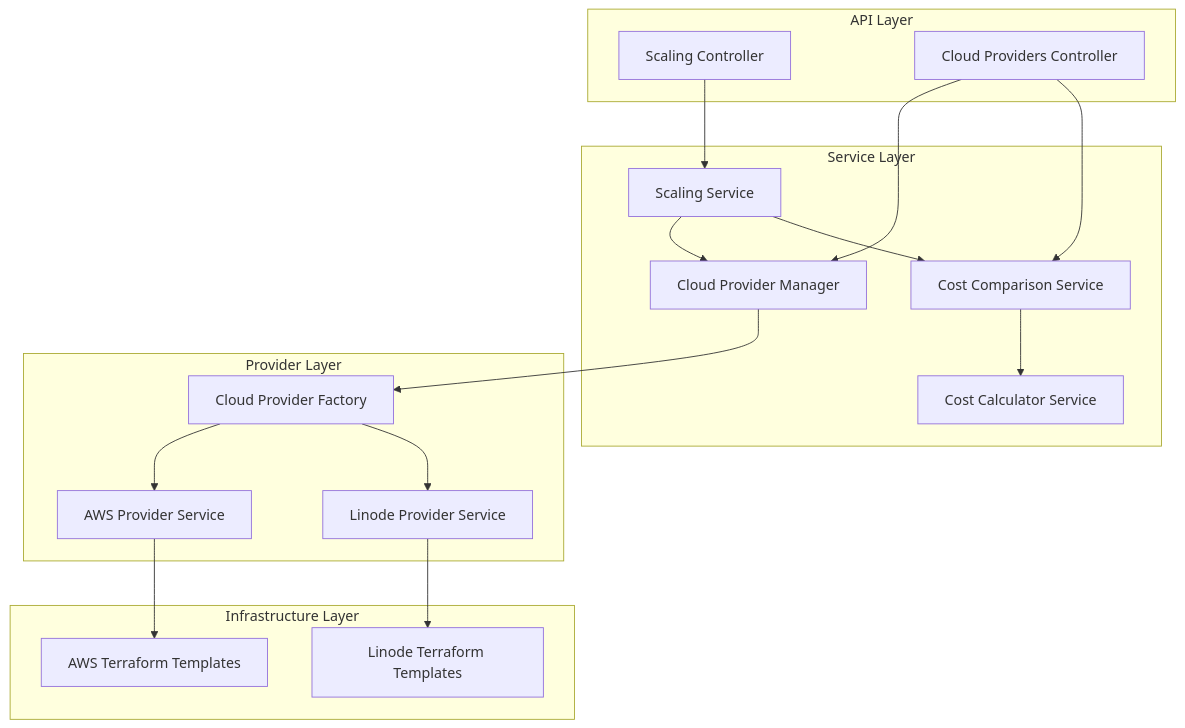
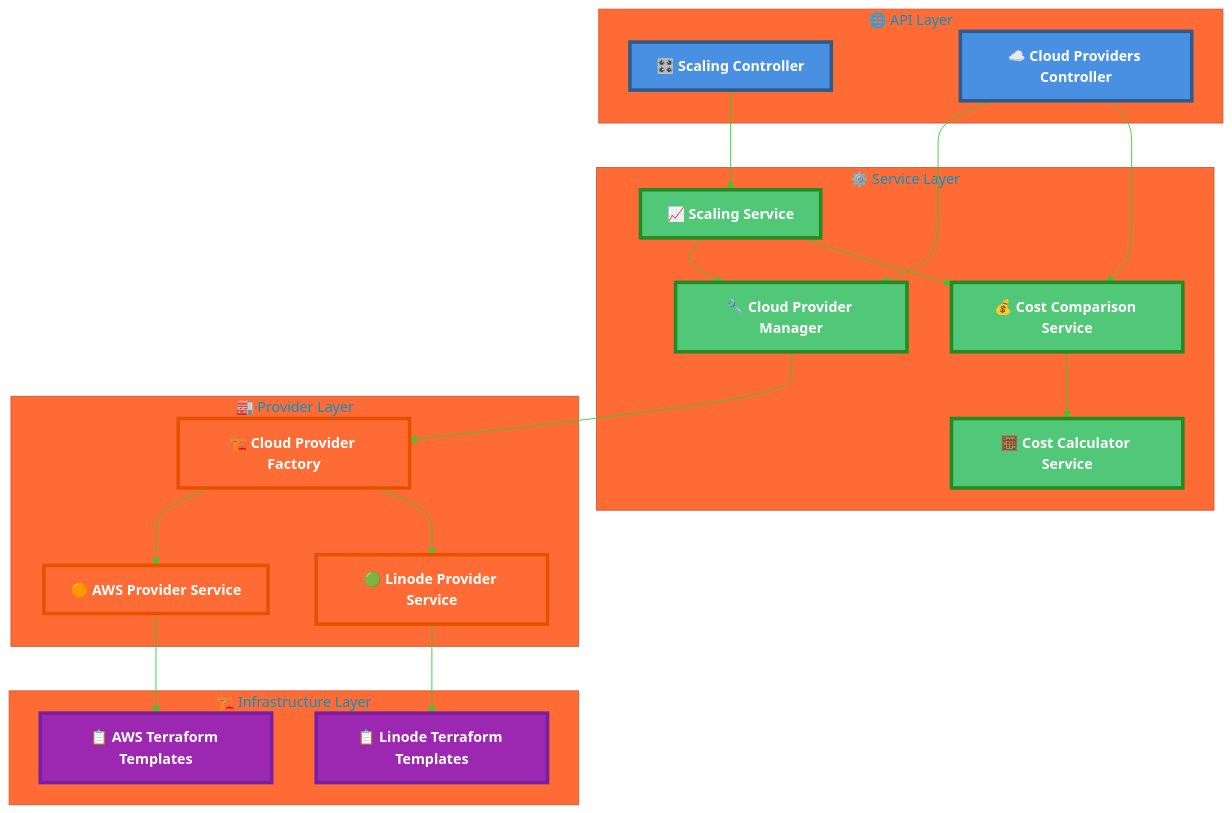
One commit to abdoElHodaky/transportapp changed the diagram in docs/MULTI_CLOUD_ARCHITECTURE.md. Above: the diagram before and after it, drawn with Mermaid. The commit also changed 2 other files, not shown here.

````diff
--- a/docs/MULTI_CLOUD_ARCHITECTURE.md
+++ b/docs/MULTI_CLOUD_ARCHITECTURE.md
@@ -11,37 +11,60 @@
 ```mermaid
+%%{init: {
+  'theme': 'base',
+  'themeVariables': {
+    'background': 'transparent',
+    'primaryColor': '#4A90E2',
+    'primaryTextColor': '#ffffff',
+    'primaryBorderColor': '#2E5C8A',
+    'lineColor': '#32CD32',
+    'secondaryColor': '#50C878',
+    'tertiaryColor': '#FF6B35'
+  }
+}}%%
 graph TB
-    subgraph "API Layer"
-        SC[Scaling Controller]
-        CPC[Cloud Providers Controller]
+    subgraph APILayer["🌐 API Layer"]
+        SC["🎛️ Scaling Controller"]
+        CPC["☁️ Cloud Providers Controller"]
     end
     
-    subgraph "Service Layer"
-        SS[Scaling Service]
-        CPMS[Cloud Provider Manager]
-        CCS[Cost Comparison Service]
-        CCS2[Cost Calculator Service]
+    subgraph ServiceLayer["⚙️ Service Layer"]
+        SS["📈 Scaling Service"]
+        CPMS["🔧 Cloud Provider Manager"]
+        CCS["💰 Cost Comparison Service"]
+        CCS2["🧮 Cost Calculator Service"]
     end
     
-    subgraph "Provider Layer"
-        CPF[Cloud Provider Factory]
-        AWS[AWS Provider Service]
-        LIN[Linode Provider Service]
+    subgraph ProviderLayer["🏭 Provider Layer"]
+        CPF["🏗️ Cloud Provider Factory"]
+        AWS["🟠 AWS Provider Service"]
+        LIN["🟢 Linode Provider Service"]
     end
     
-    subgraph "Infrastructure Layer"
-        AWST[AWS Terraform Templates]
-        LINT[Linode Terraform Templates]
+    subgraph InfrastructureLayer["🏗️ Infrastructure Layer"]
+        AWST["📋 AWS Terraform Templates"]
+        LINT["📋 Linode Terraform Templates"]
     end
     
     SC --> SS
     CPC --> CPMS
     CPC --> CCS
     SS --> CPMS
     SS --> CCS
     CPMS --> CPF
     CCS --> CCS2
     CPF --> AWS
     CPF --> LIN
     AWS --> AWST
     LIN --> LINT
+
+    %% Professional Styling
+    classDef apiLayer fill:#4A90E2,stroke:#2E5C8A,stroke-width:4px,color:#ffffff,font-weight:bold
+    classDef serviceLayer fill:#50C878,stroke:#228B22,stroke-width:4px,color:#ffffff,font-weight:bold
+    classDef providerLayer fill:#FF6B35,stroke:#E55100,stroke-width:4px,color:#ffffff,font-weight:bold
+    classDef infrastructureLayer fill:#9C27B0,stroke:#7B1FA2,stroke-width:4px,color:#ffffff,font-weight:bold
+
+    class SC,CPC apiLayer
+    class SS,CPMS,CCS,CCS2 serviceLayer
+    class CPF,AWS,LIN providerLayer
+    class AWST,LINT infrastructureLayer
 ```
````
